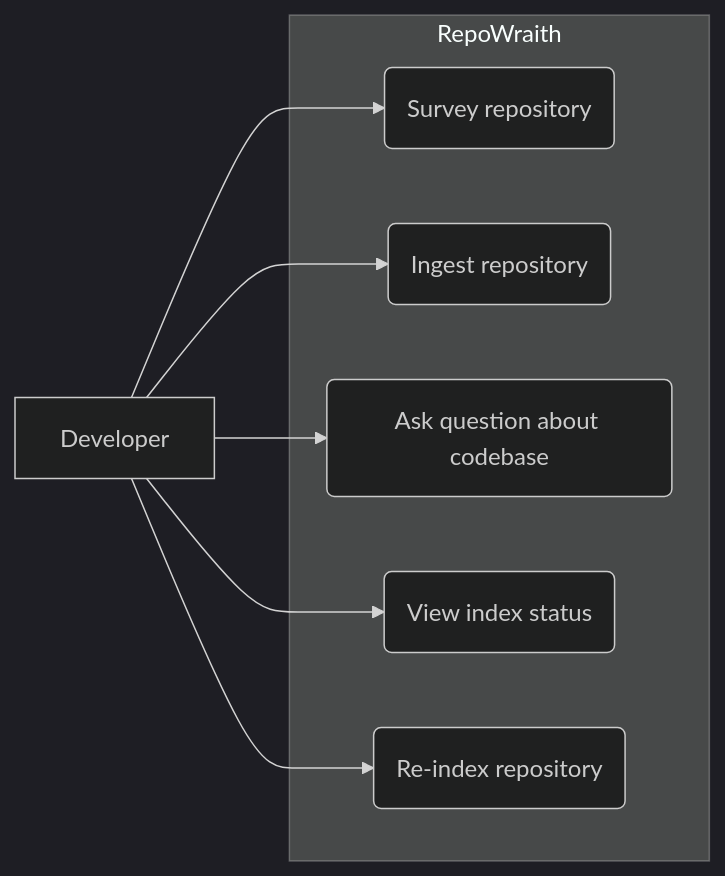
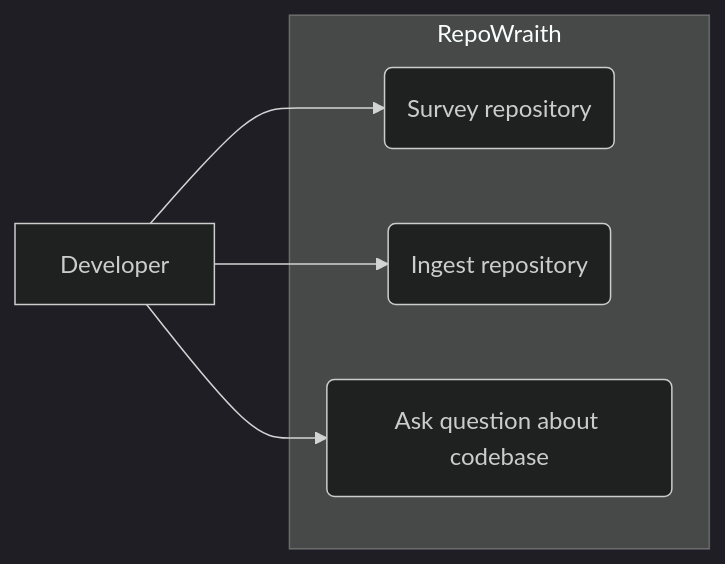
The diagram in docs/3_use_case.md (LisaS7/RepoWraith), drawn with Mermaid (dark theme) before and after one commit. The commit also changed 2 other files, not shown here.

Commit message:
Improving documentation

````diff
--- a/docs/3_use_case.md
+++ b/docs/3_use_case.md
@@ -1,22 +1,17 @@
 ```mermaid
 flowchart LR
 
     developer[Developer]
 
     subgraph system[RepoWraith]
         survey(Survey repository)
         ingest(Ingest repository)
         ask(Ask question about codebase)
-        status(View index status)
-        reindex(Re-index repository)
 
     end
 
     developer --> survey
     developer --> ingest
     developer --> ask
-    developer --> status
-    developer --> reindex
-
 
 ```
````
